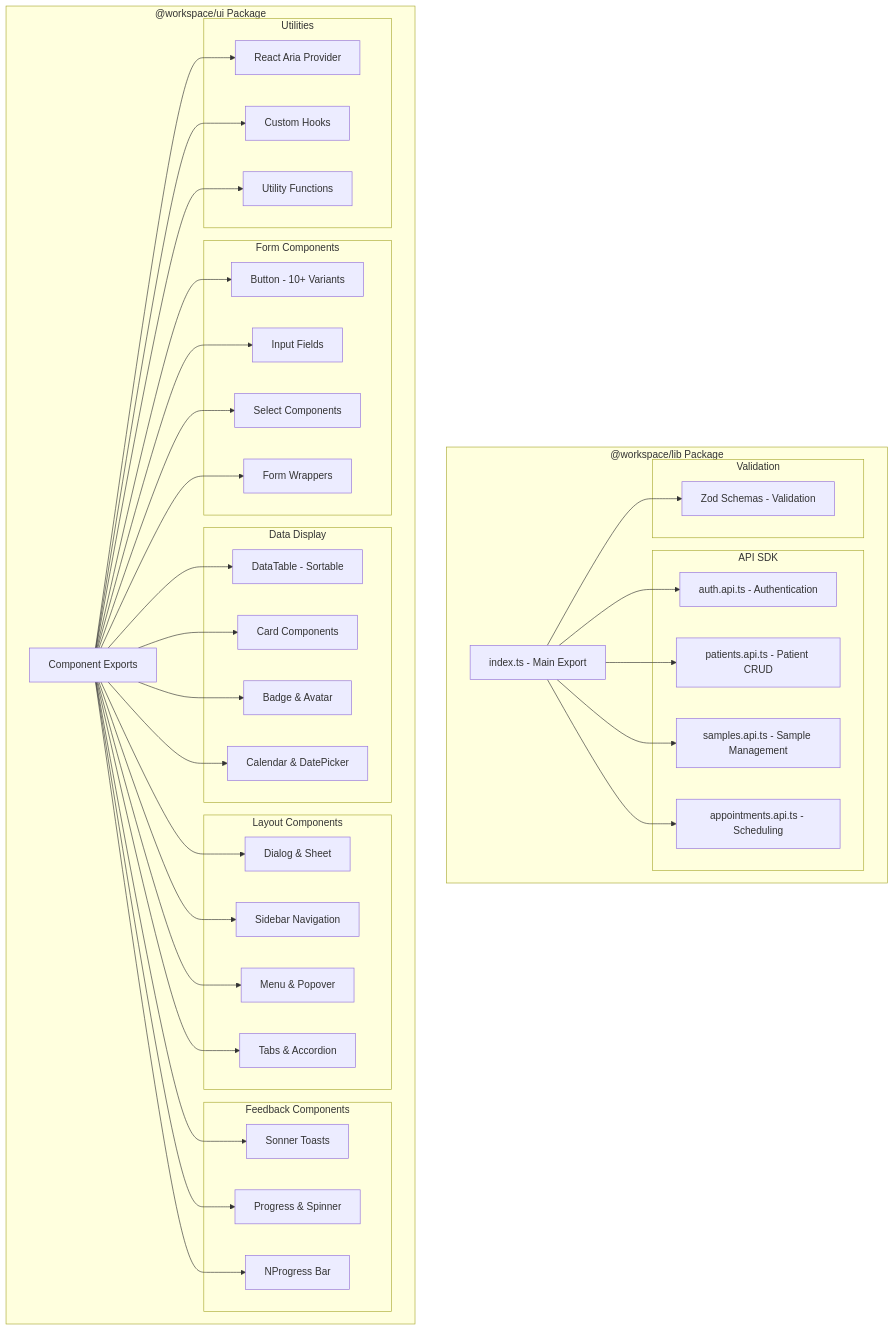
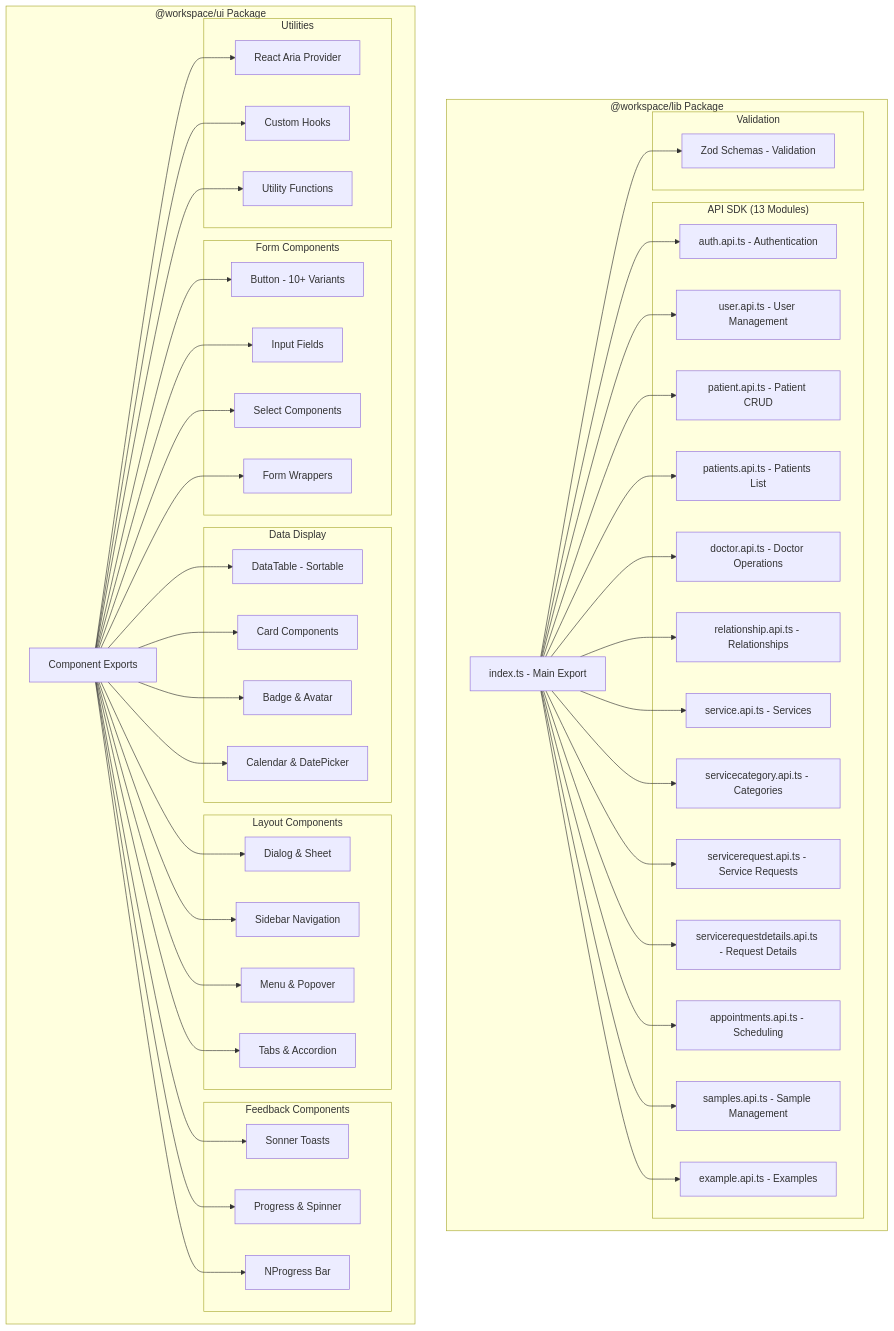
One commit to devnguyen0111/cryoweb changed the third of 12 diagrams in ARCHITECTURE_OVERVIEW.md. Above: the diagram before and after it, drawn with Mermaid. The commit also changed other lines of this file and 306 other files, not shown here.

```diff
--- a/ARCHITECTURE_OVERVIEW.md
+++ b/ARCHITECTURE_OVERVIEW.md
@@ -105,11 +143,20 @@
     subgraph LibPackage["@workspace/lib Package"]
         LibIndex["index.ts - Main Export"]
 
-        subgraph "API SDK"
+        subgraph "API SDK (13 Modules)"
             AuthAPI["auth.api.ts - Authentication"]
-            PatientsAPI["patients.api.ts - Patient CRUD"]
+            UserAPI["user.api.ts - User Management"]
+            PatientAPI["patient.api.ts - Patient CRUD"]
+            PatientsAPI["patients.api.ts - Patients List"]
+            DoctorAPI["doctor.api.ts - Doctor Operations"]
+            RelationshipAPI["relationship.api.ts - Relationships"]
+            ServiceAPI["service.api.ts - Services"]
+            ServiceCategoryAPI["servicecategory.api.ts - Categories"]
+            ServiceRequestAPI["servicerequest.api.ts - Service Requests"]
+            ServiceRequestDetailsAPI["servicerequestdetails.api.ts - Request Details"]
+            AppointmentsAPI["appointments.api.ts - Scheduling"]
             SamplesAPI["samples.api.ts - Sample Management"]
-            AppointmentsAPI["appointments.api.ts - Scheduling"]
+            ExampleAPI["example.api.ts - Examples"]
         end
 
         subgraph "Validation"
@@ -117,9 +164,18 @@
         end
 
         LibIndex --> AuthAPI
+        LibIndex --> UserAPI
+        LibIndex --> PatientAPI
         LibIndex --> PatientsAPI
+        LibIndex --> DoctorAPI
+        LibIndex --> RelationshipAPI
+        LibIndex --> ServiceAPI
+        LibIndex --> ServiceCategoryAPI
+        LibIndex --> ServiceRequestAPI
+        LibIndex --> ServiceRequestDetailsAPI
+        LibIndex --> AppointmentsAPI
         LibIndex --> SamplesAPI
-        LibIndex --> AppointmentsAPI
+        LibIndex --> ExampleAPI
         LibIndex --> ValidationSchemas
     end
 
```
